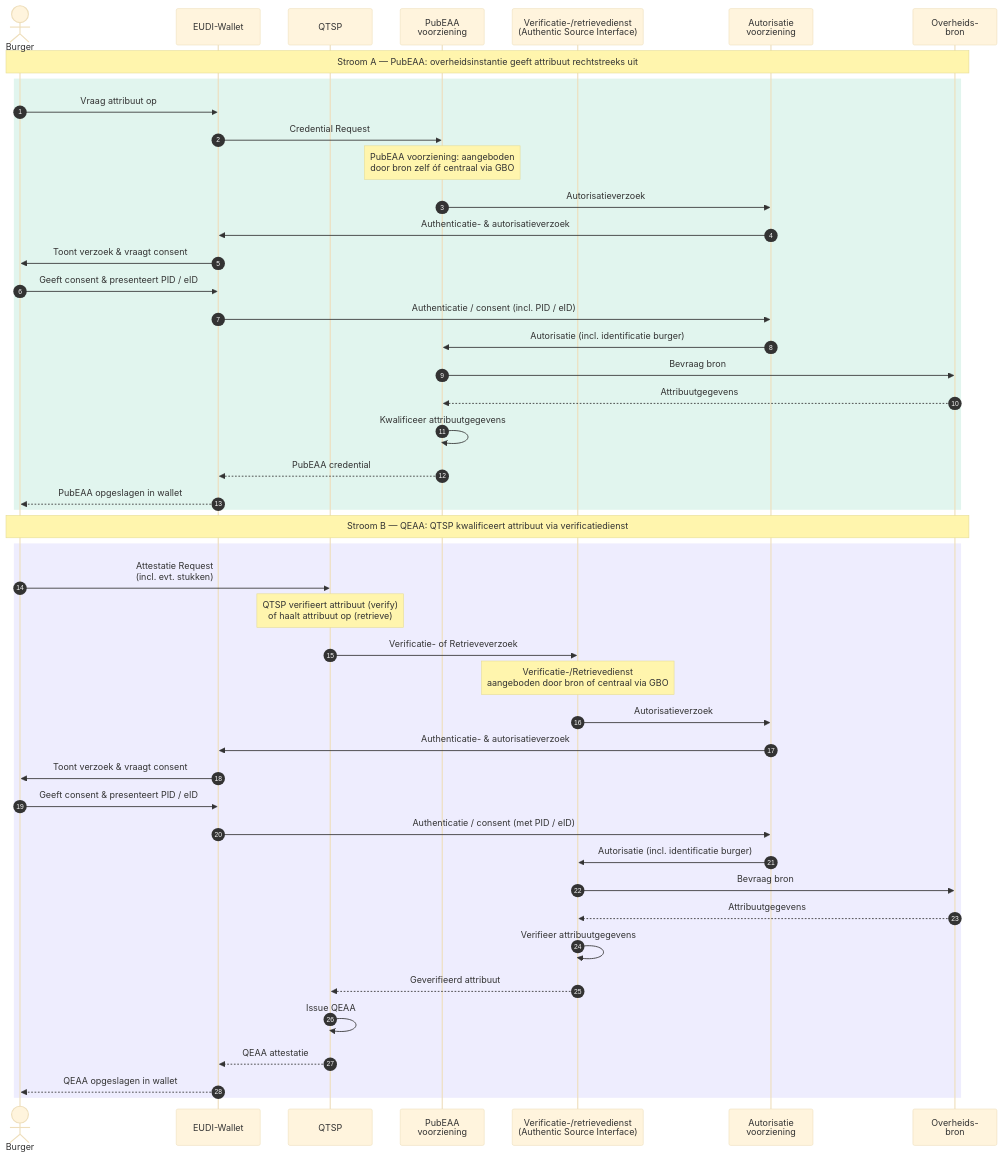
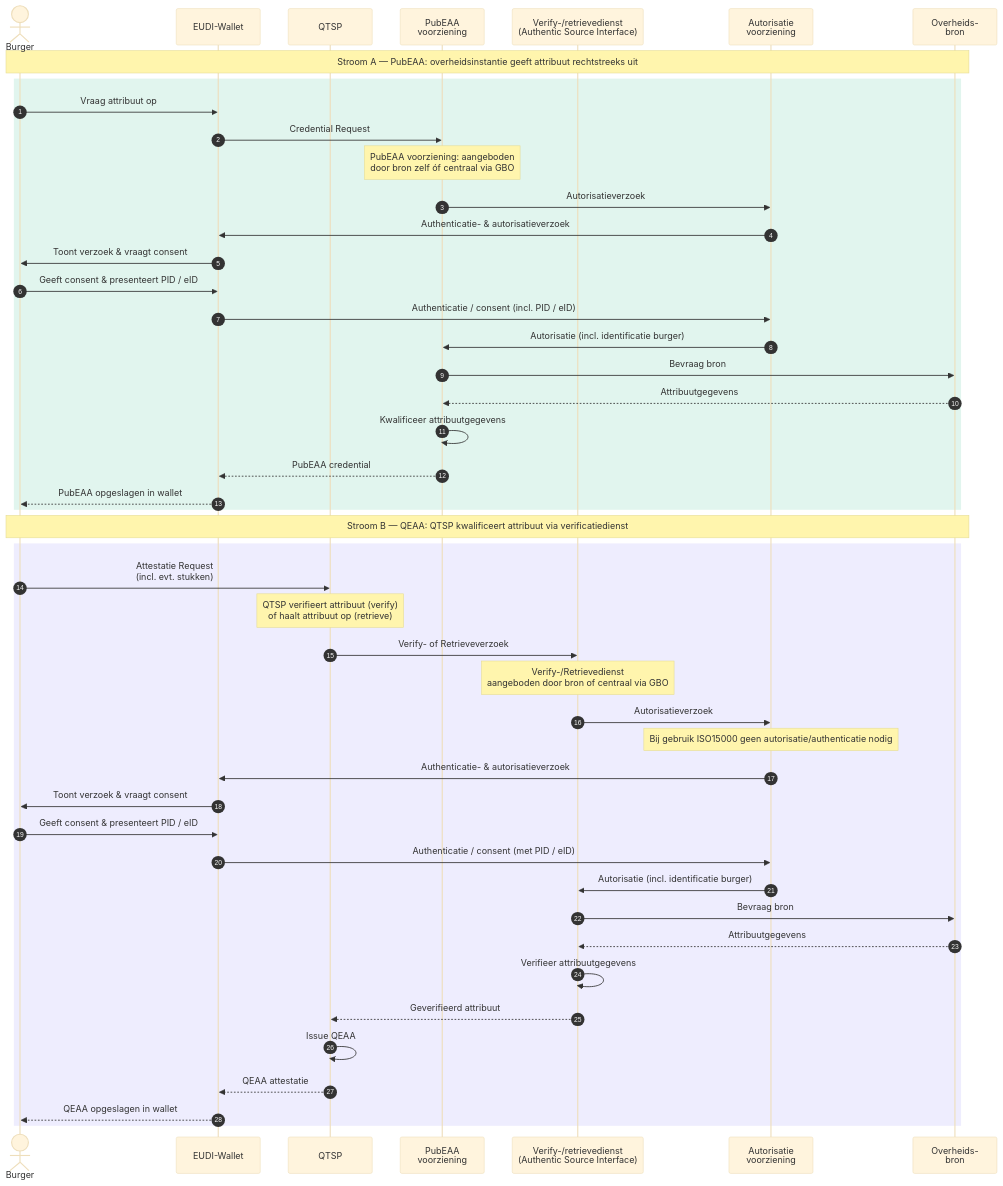
One commit to ICTU/GBO-GO changed the diagram in main/diagrammen/interactiepatroon-EUDI-Wallet.mmd. Above: the diagram before and after it, drawn with Mermaid (base theme). The commit also changed 3 other files, not shown here.

```diff
--- a/main/diagrammen/interactiepatroon-EUDI-Wallet.mmd
+++ b/main/diagrammen/interactiepatroon-EUDI-Wallet.mmd
@@ -1,50 +1,51 @@
 sequenceDiagram
     autonumber
     actor Burger
     participant Wallet as EUDI-Wallet
     participant QTSP as QTSP
     participant PubEAA as PubEAA<br/>voorziening
-    participant VerifDienst as Verificatie-/retrievedienst<br/>(Authentic Source Interface)
+    participant VerifDienst as Verify-/retrievedienst<br/>(Authentic Source Interface)
     participant Auth as Autorisatie<br/>voorziening
     participant Bron as Overheids-<br/>bron
 
     Note over Burger,Bron: Stroom A — PubEAA: overheidsinstantie geeft attribuut rechtstreeks uit
 
     rect rgb(225, 245, 238)
         Burger->>Wallet: Vraag attribuut op
         Wallet->>PubEAA: Credential Request
         Note over PubEAA: PubEAA voorziening: aangeboden<br/>door bron zelf óf centraal via GBO
         PubEAA->>Auth: Autorisatieverzoek
         Auth->>Wallet: Authenticatie- & autorisatieverzoek
         Wallet->>Burger: Toont verzoek & vraagt consent
         Burger->>Wallet: Geeft consent & presenteert PID / eID
         Wallet->>Auth: Authenticatie / consent (incl. PID / eID)
         Auth->>PubEAA: Autorisatie (incl. identificatie burger)
         PubEAA->>Bron: Bevraag bron
         Bron-->>PubEAA: Attribuutgegevens
         PubEAA->>PubEAA: Kwalificeer attribuutgegevens
         PubEAA-->>Wallet: PubEAA credential
         Wallet-->>Burger: PubEAA opgeslagen in wallet
     end
 
     Note over Burger,Bron: Stroom B — QEAA: QTSP kwalificeert attribuut via verificatiedienst
 
     rect rgb(238, 237, 254)
         Burger->>QTSP: Attestatie Request<br />(incl. evt. stukken)
         Note over QTSP: QTSP verifieert attribuut (verify)<br/>of haalt attribuut op (retrieve)
-        QTSP->>VerifDienst: Verificatie- of Retrieveverzoek
-        Note over VerifDienst: Verificatie-/Retrievedienst<br/>aangeboden door bron of centraal via GBO
+        QTSP->>VerifDienst: Verify- of Retrieveverzoek
+        Note over VerifDienst: Verify-/Retrievedienst<br/>aangeboden door bron of centraal via GBO
         VerifDienst->>Auth: Autorisatieverzoek
+        Note over Auth: Bij gebruik ISO15000 geen autorisatie/authenticatie nodig
         Auth->>Wallet: Authenticatie- & autorisatieverzoek
         Wallet->>Burger: Toont verzoek & vraagt consent
         Burger->>Wallet: Geeft consent & presenteert PID / eID
         Wallet->>Auth: Authenticatie / consent (met PID / eID)
         Auth->>VerifDienst: Autorisatie (incl. identificatie burger)
         VerifDienst->>Bron: Bevraag bron
         Bron-->>VerifDienst: Attribuutgegevens
         VerifDienst->>VerifDienst: Verifieer attribuutgegevens
         VerifDienst-->>QTSP: Geverifieerd attribuut
         QTSP->>QTSP: Issue QEAA
         QTSP-->>Wallet: QEAA attestatie
         Wallet-->>Burger: QEAA opgeslagen in wallet
     end
```
